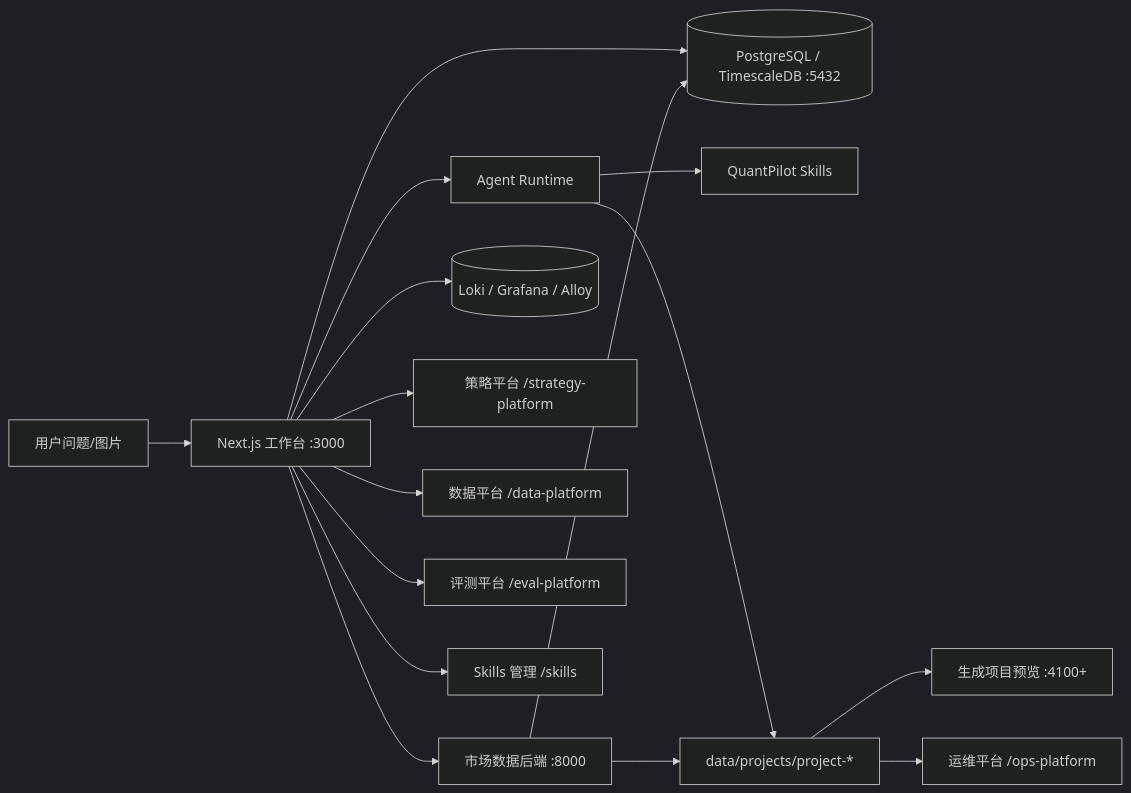
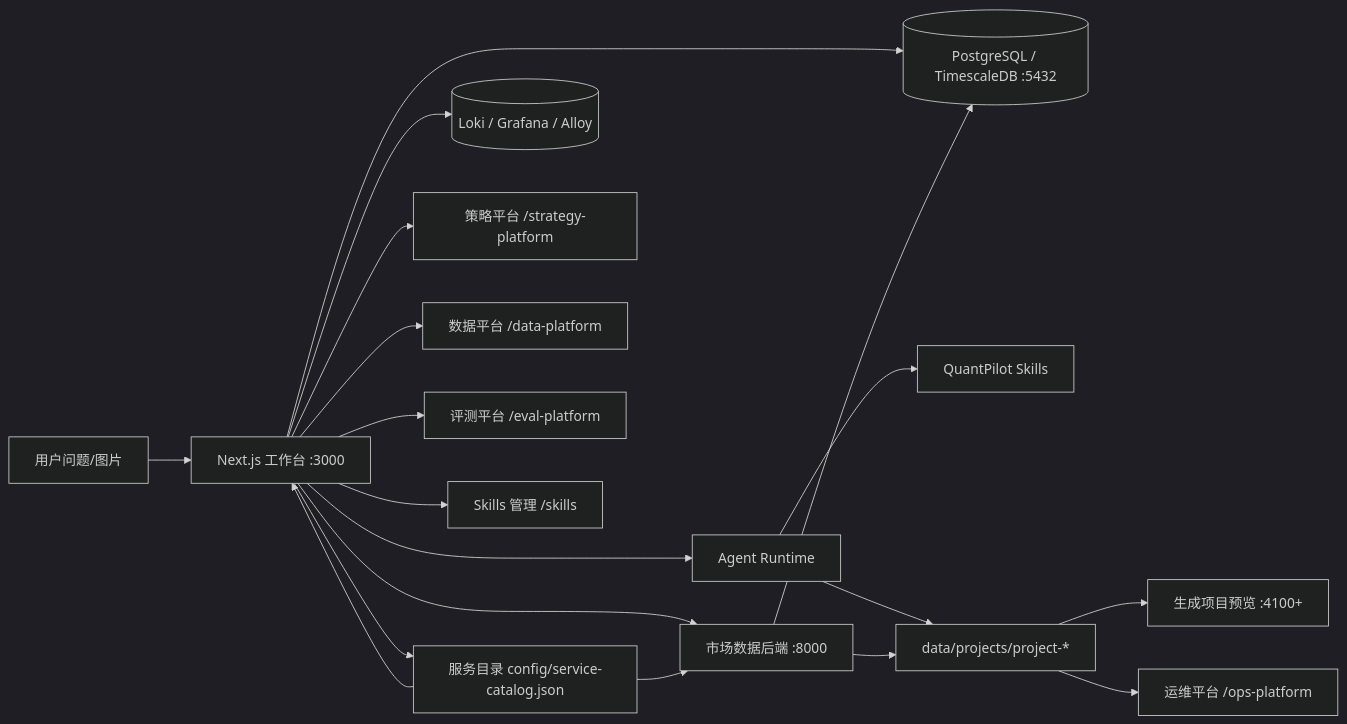
The diagram in docs/architecture.md (xbzz1018/SignalForge), drawn with Mermaid (dark theme) before and after one commit. The commit also changed other lines of this file and 18 other files, not shown here.

Commit message:
feat(infra): add service catalog guardrails

````diff
--- a/docs/architecture.md
+++ b/docs/architecture.md
@@ -5,18 +5,21 @@
 ```mermaid
 flowchart LR
   U[用户问题/图片] --> W[Next.js 工作台 :3000]
   W --> DB[(PostgreSQL / TimescaleDB :5432)]
   W --> R[Agent Runtime]
   R --> S[QuantPilot Skills]
   W --> M[市场数据后端 :8000]
+  W --> SC[服务目录 config/service-catalog.json]
+  SC --> W
+  SC --> M
   M --> DB
   W --> L[(Loki / Grafana / Alloy)]
   R --> P[data/projects/project-*]
   M --> P
   P --> V[生成项目预览 :4100+]
   P --> H[运维平台 /ops-platform]
   W --> T[策略平台 /strategy-platform]
   W --> C[数据平台 /data-platform]
   W --> E[评测平台 /eval-platform]
   W --> A[Skills 管理 /skills]
 ```
````
